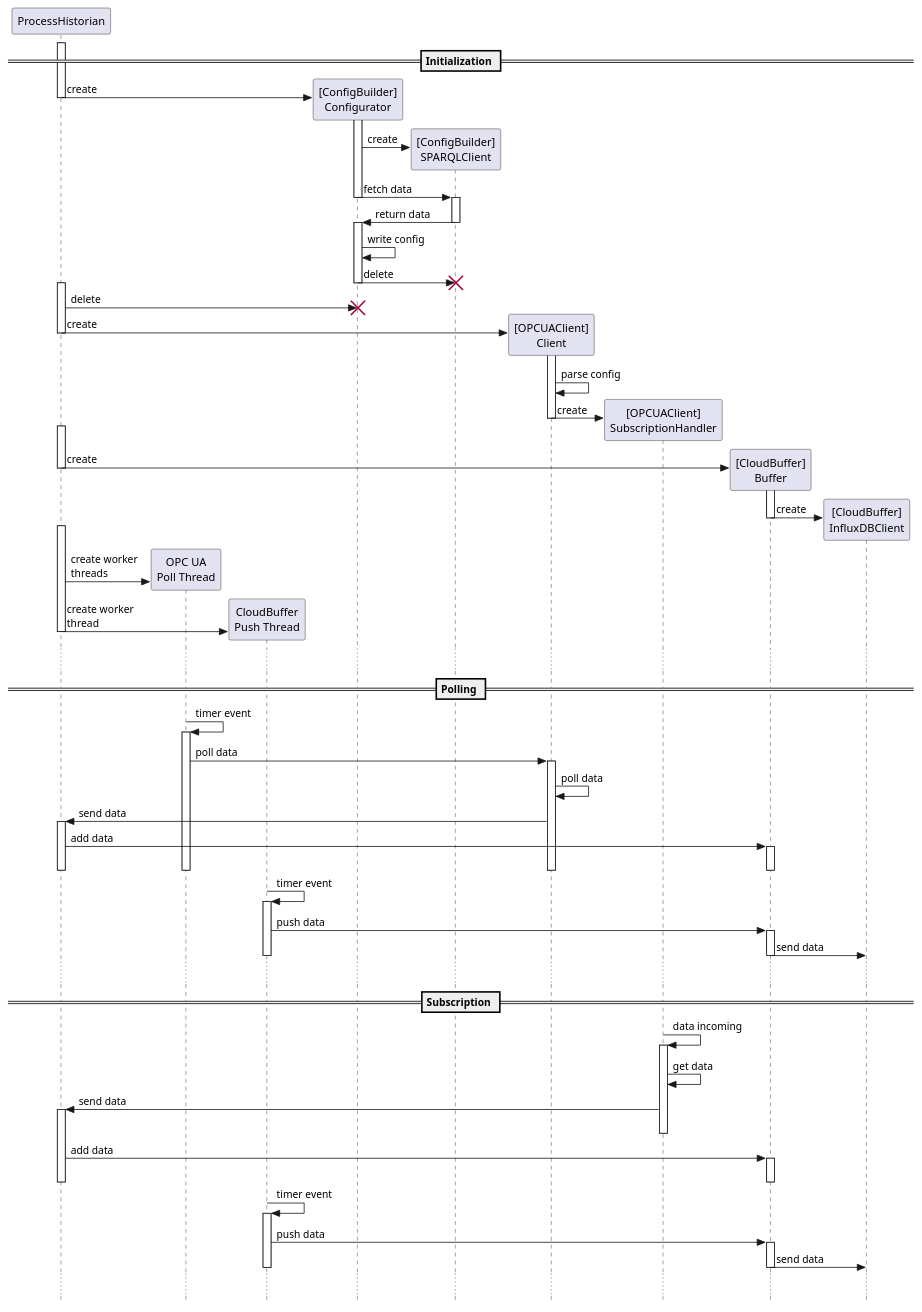
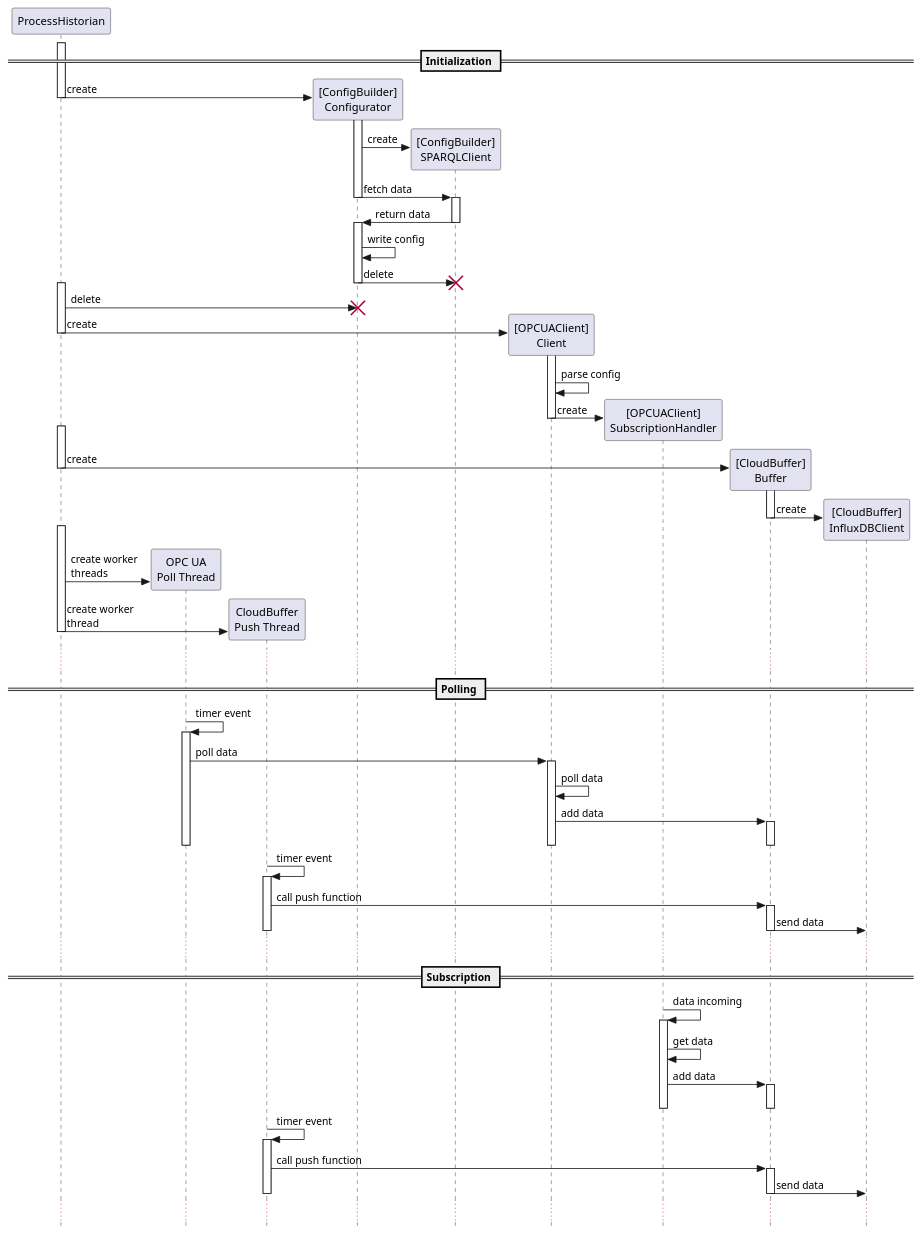
One commit to Praktikum-PvAS/process-historian changed the diagram in documentation/architecture/sequence_diagram.pu. Above: the diagram before and after it, drawn with PlantUML.

Commit message:
Update sequence_diagram.pu to match actual implementation

```diff
--- a/documentation/architecture/sequence_diagram.pu
+++ b/documentation/architecture/sequence_diagram.pu
@@ -1,89 +1,83 @@
 @startuml "Sequence Diagram"
 skinparam style strictuml
 participant ProcessHistorian
 participant "OPC UA\nPoll Thread" as PollThread
 participant "CloudBuffer\nPush Thread" as PushThread
 == Initialization ==
 activate ProcessHistorian
 ProcessHistorian -> "[ConfigBuilder]\nConfigurator" as ConfigBuilder.Configurator ** : create
 deactivate ProcessHistorian
 activate ConfigBuilder.Configurator
 ConfigBuilder.Configurator -> "[ConfigBuilder]\nSPARQLClient" as ConfigBuilder.SPARQLClient ** : create
 ConfigBuilder.Configurator -> ConfigBuilder.SPARQLClient : fetch data
 deactivate ConfigBuilder.Configurator
 activate ConfigBuilder.SPARQLClient
 ConfigBuilder.SPARQLClient -> ConfigBuilder.Configurator : return data
 deactivate ConfigBuilder.SPARQLClient
 activate ConfigBuilder.Configurator
 ConfigBuilder.Configurator -> ConfigBuilder.Configurator : write config
 ConfigBuilder.Configurator -> ConfigBuilder.SPARQLClient !! : delete
 deactivate ConfigBuilder.Configurator
 activate ProcessHistorian
 ProcessHistorian -> ConfigBuilder.Configurator !! : delete
 
 ProcessHistorian -> "[OPCUAClient]\nClient" as OPCUAClient.Client ** : create
 activate OPCUAClient.Client
 deactivate ProcessHistorian
 OPCUAClient.Client -> OPCUAClient.Client : parse config
 OPCUAClient.Client -> "[OPCUAClient]\nSubscriptionHandler" as OPCUAClient.SubscriptionHandler ** : create
 deactivate OPCUAClient.Client
 
 activate ProcessHistorian
 ProcessHistorian -> "[CloudBuffer]\nBuffer" as CloudBuffer.Buffer ** : create
 activate CloudBuffer.Buffer
 deactivate ProcessHistorian
 CloudBuffer.Buffer -> "[CloudBuffer]\nInfluxDBClient" as CloudBuffer.InfluxDBClient ** : create
 deactivate CloudBuffer.Buffer
 activate ProcessHistorian
 ProcessHistorian -> PollThread ** : create worker\nthreads
 ProcessHistorian -> PushThread ** : create worker\nthread
 deactivate ProcessHistorian
 ...
 
 == Polling ==
 
 PollThread -> PollThread : timer event
 activate PollThread
 PollThread -> OPCUAClient.Client : poll data
 activate OPCUAClient.Client
 OPCUAClient.Client -> OPCUAClient.Client : poll data
-OPCUAClient.Client -> ProcessHistorian : send data
-activate ProcessHistorian
-ProcessHistorian -> CloudBuffer.Buffer : add data
+OPCUAClient.Client ->  CloudBuffer.Buffer : add data
 activate CloudBuffer.Buffer
 deactivate CloudBuffer.Buffer
-deactivate ProcessHistorian
 deactivate OPCUAClient.Client
 deactivate PollThread
 
 PushThread -> PushThread : timer event
 activate PushThread
-PushThread -> CloudBuffer.Buffer : push data
+PushThread -> CloudBuffer.Buffer : call push function
 activate CloudBuffer.Buffer
 CloudBuffer.Buffer -> CloudBuffer.InfluxDBClient : send data
 deactivate CloudBuffer.Buffer
 deactivate PushThread
 ...
 
 == Subscription ==
 
 OPCUAClient.SubscriptionHandler -> OPCUAClient.SubscriptionHandler : data incoming
 activate OPCUAClient.SubscriptionHandler
 OPCUAClient.SubscriptionHandler -> OPCUAClient.SubscriptionHandler : get data
-OPCUAClient.SubscriptionHandler -> ProcessHistorian : send data
-activate ProcessHistorian
-deactivate OPCUAClient.SubscriptionHandler
-ProcessHistorian -> CloudBuffer.Buffer : add data
+OPCUAClient.SubscriptionHandler -> CloudBuffer.Buffer : add data
 activate CloudBuffer.Buffer
 deactivate CloudBuffer.Buffer
-deactivate ProcessHistorian
+deactivate OPCUAClient.SubscriptionHandler
 
 PushThread -> PushThread : timer event
 activate PushThread
-PushThread -> CloudBuffer.Buffer : push data
+PushThread -> CloudBuffer.Buffer : call push function
 activate CloudBuffer.Buffer
 CloudBuffer.Buffer -> CloudBuffer.InfluxDBClient : send data
 deactivate CloudBuffer.Buffer
 deactivate PushThread
 ...
 @enduml
```
